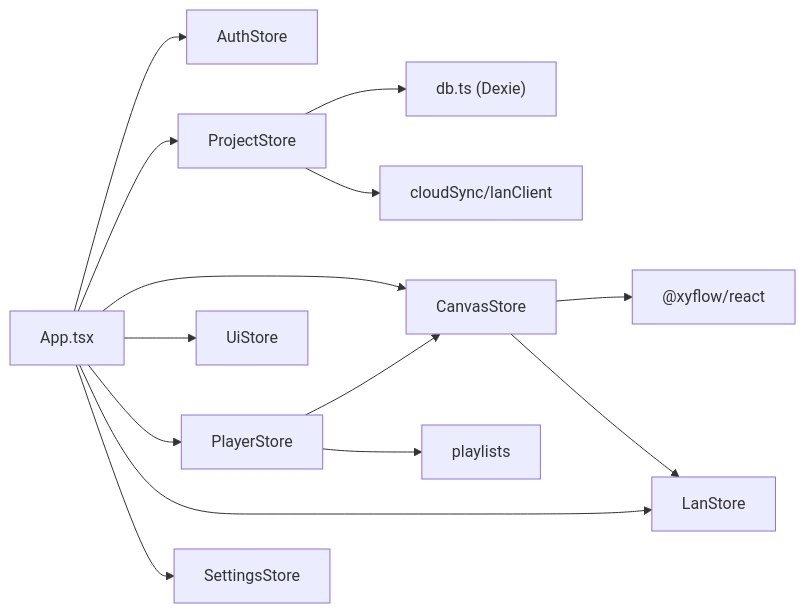
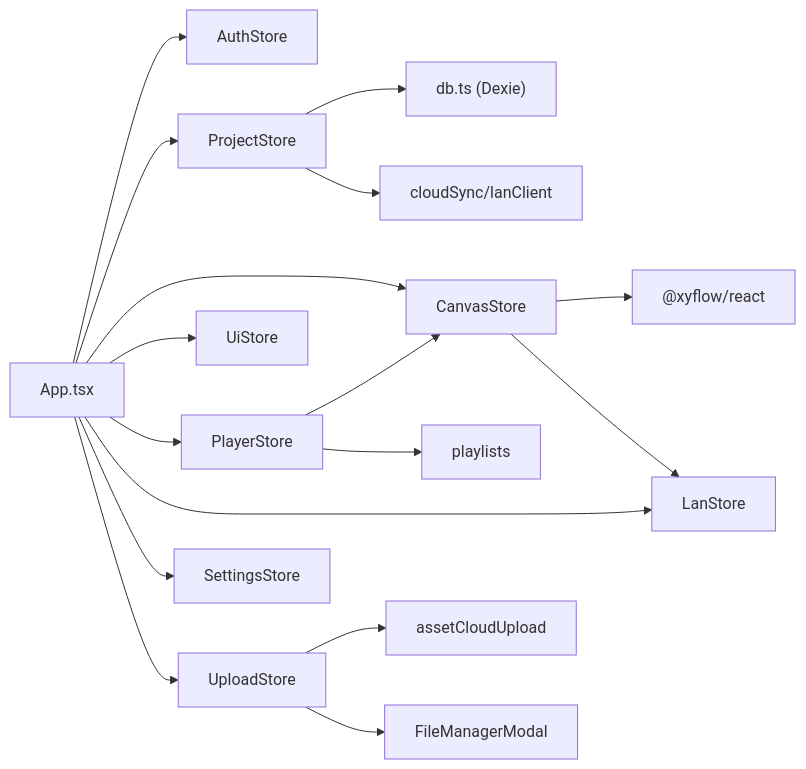
One commit to suqi-bot/SuQCanvas changed the tenth of 10 diagrams in .qoder/repowiki/zh/content/架构设计/组件架构设计/组件通信模式/Zustand 状态管理.md. Above: the diagram before and after it, drawn with Mermaid. The commit also changed other lines of this file and 69 other files, not shown here.

````diff
--- a/.qoder/repowiki/zh/content/架构设计/组件架构设计/组件通信模式/Zustand 状态管理.md
+++ b/.qoder/repowiki/zh/content/架构设计/组件架构设计/组件通信模式/Zustand 状态管理.md
@@ -322,16 +392,19 @@
 ```mermaid
 graph LR
 CS["CanvasStore"] --> XY["@xyflow/react"]
 CS --> LAN["LanStore"]
 PS["ProjectStore"] --> DB["db.ts (Dexie)"]
 PS --> SYNC["cloudSync/lanClient"]
 PL["PlayerStore"] --> CS
 PL --> PLAY["playlists"]
+US["UploadStore"] --> ACA["assetCloudUpload"]
+US --> FM["FileManagerModal"]
 APP["App.tsx"] --> AUTH["AuthStore"]
 APP --> PS
 APP --> CS
 APP --> UI["UiStore"]
 APP --> PL
 APP --> LAN
 APP --> SET["SettingsStore"]
+APP --> US
 ```
````
